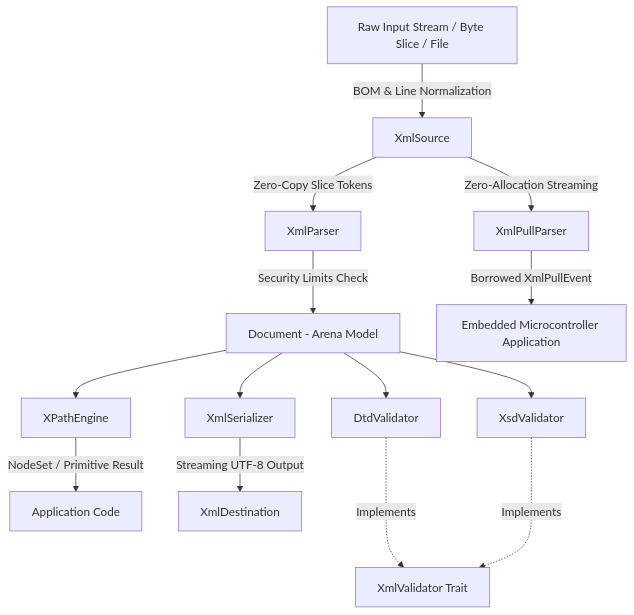
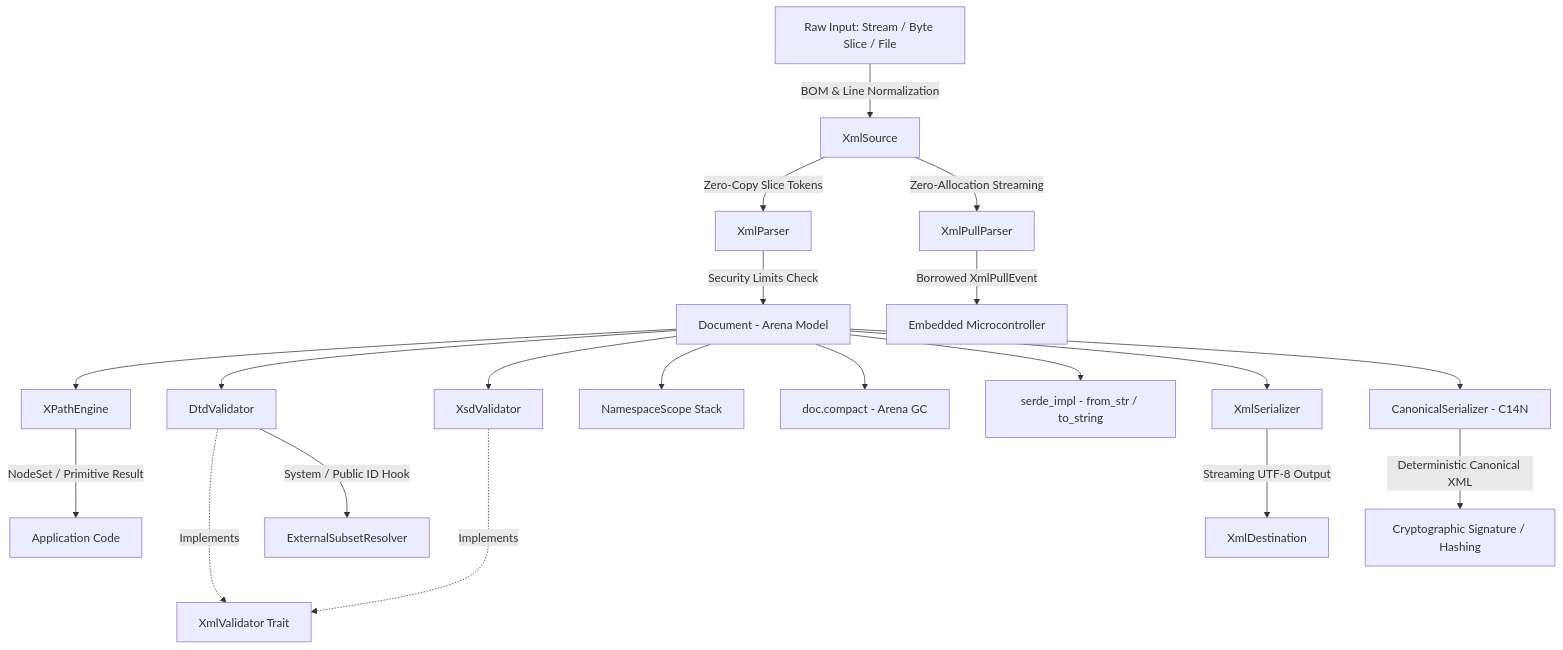
The diagram in docs/ARCHITECTURE.md (clockworkengineer/xml), drawn with Mermaid before and after one commit. The commit also changed other lines of this file and 16 other files, not shown here.

````diff
--- a/docs/ARCHITECTURE.md
+++ b/docs/ARCHITECTURE.md
@@ -9,16 +17,26 @@
 ```mermaid
 flowchart TD
-    A[Raw Input Stream / Byte Slice / File] -->|BOM & Line Normalization| B[XmlSource]
+    A[Raw Input: Stream / Byte Slice / File] -->|BOM & Line Normalization| B[XmlSource]
     B -->|Zero-Copy Slice Tokens| C[XmlParser]
     B -->|Zero-Allocation Streaming| K[XmlPullParser]
     C -->|Security Limits Check| D[Document - Arena Model]
-    K -->|Borrowed XmlPullEvent| L[Embedded Microcontroller Application]
+    K -->|Borrowed XmlPullEvent| L[Embedded Microcontroller]
+    
     D --> E[XPathEngine]
     D --> F[DtdValidator]
     D --> G[XsdValidator]
+    D --> N[NamespaceScope Stack]
+    D --> O[doc.compact - Arena GC]
+    D --> P[serde_impl - from_str / to_string]
+    
     F ..->|Implements| M[XmlValidator Trait]
     G ..->|Implements| M
+    F -->|System / Public ID Hook| Q[ExternalSubsetResolver]
+    
     D --> H[XmlSerializer]
+    D --> R[CanonicalSerializer - C14N]
+    
     E -->|NodeSet / Primitive Result| I[Application Code]
     H -->|Streaming UTF-8 Output| J[XmlDestination]
+    R -->|Deterministic Canonical XML| S[Cryptographic Signature / Hashing]
 ```
````
